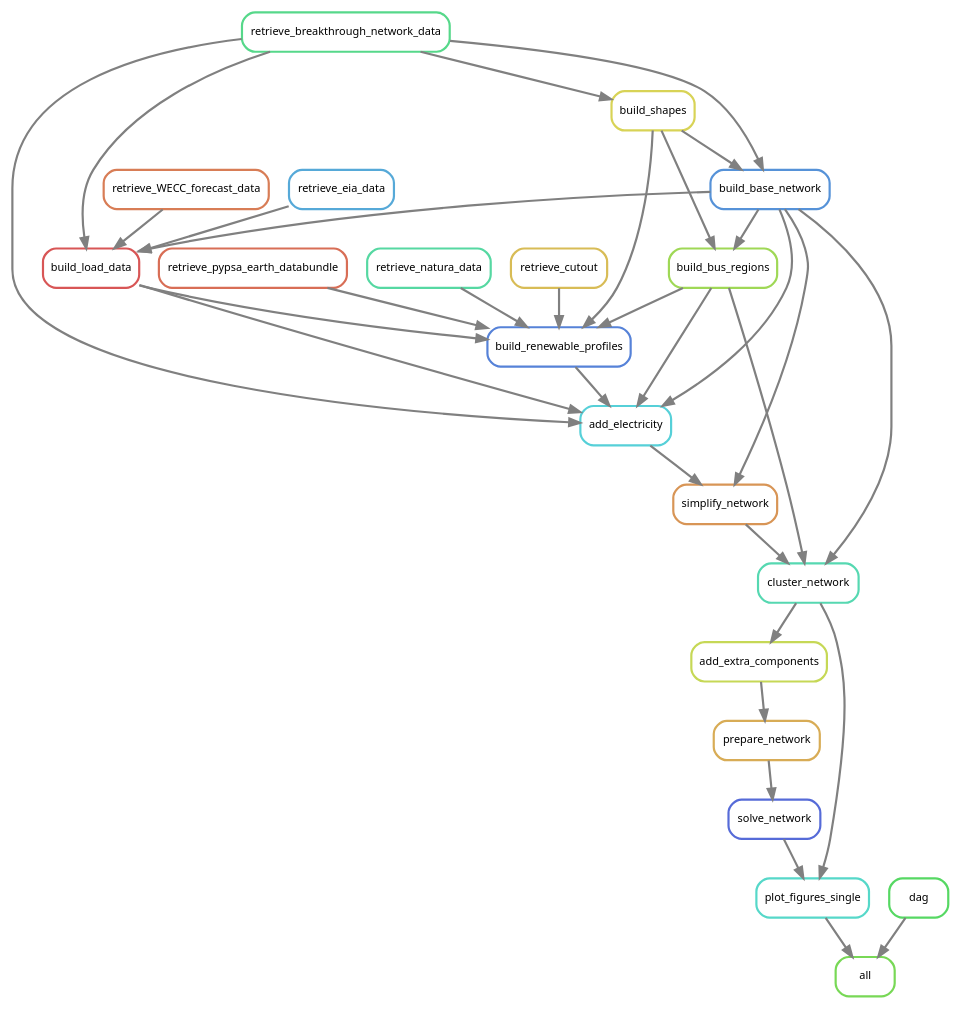
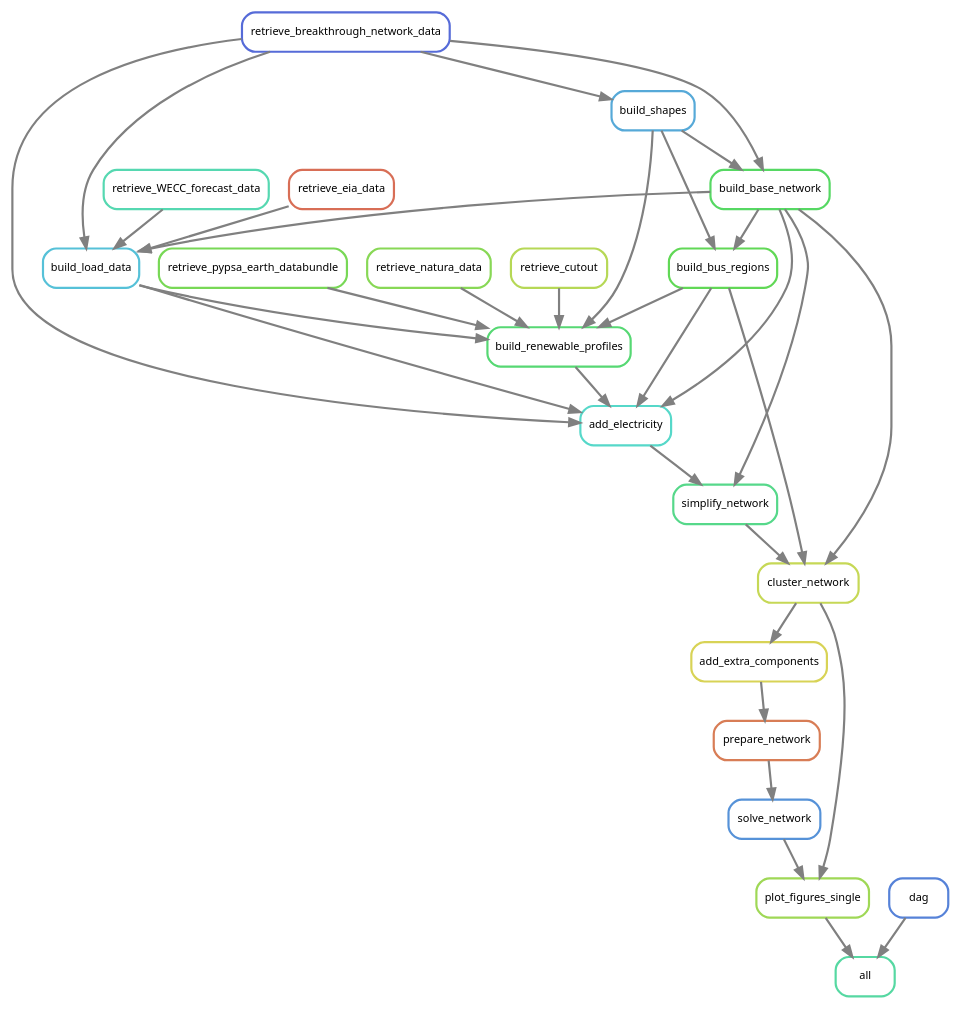
Before and after one commit to PyPSA/pypsa-usa: the diagram in workflow/repo_data/dag.dot, drawn with Graphviz. The commit also changed 5 other files, not shown here.

Commit message:
Created Lighter Databundle just for pypsa-usa. Trimmed geodata tiffs and gebco to only include USA

```diff
--- a/workflow/repo_data/dag.dot
+++ b/workflow/repo_data/dag.dot
@@ -1,57 +1,57 @@
 digraph snakemake_dag {
     graph[bgcolor=white, margin=0];
     node[shape=box, style=rounded, fontname=sans,                 fontsize=10, penwidth=2];
     edge[penwidth=2, color=grey];
-	0[label = "all", color = "0.29 0.6 0.85", style="rounded"];
-	1[label = "plot_figures_single", color = "0.48 0.6 0.85", style="rounded"];
-	2[label = "solve_network", color = "0.64 0.6 0.85", style="rounded"];
-	3[label = "prepare_network", color = "0.11 0.6 0.85", style="rounded"];
-	4[label = "add_extra_components", color = "0.19 0.6 0.85", style="rounded"];
-	5[label = "cluster_network", color = "0.45 0.6 0.85", style="rounded"];
-	6[label = "simplify_network", color = "0.08 0.6 0.85", style="rounded"];
-	7[label = "build_base_network", color = "0.59 0.6 0.85", style="rounded"];
-	8[label = "retrieve_breakthrough_network_data", color = "0.40 0.6 0.85", style="rounded"];
-	9[label = "build_shapes", color = "0.16 0.6 0.85", style="rounded"];
-	10[label = "add_electricity", color = "0.51 0.6 0.85", style="rounded"];
-	11[label = "build_renewable_profiles", color = "0.61 0.6 0.85", style="rounded"];
-	12[label = "build_load_data", color = "0.00 0.6 0.85", style="rounded"];
-	13[label = "retrieve_WECC_forecast_data", color = "0.05 0.6 0.85", style="rounded"];
-	14[label = "retrieve_eia_data", color = "0.56 0.6 0.85", style="rounded"];
-	15[label = "retrieve_pypsa_earth_databundle", color = "0.03 0.6 0.85", style="rounded"];
-	16[label = "retrieve_natura_data", color = "0.43 0.6 0.85", style="rounded"];
-	17[label = "build_bus_regions", color = "0.24 0.6 0.85", style="rounded"];
-	18[label = "retrieve_cutout", color = "0.13 0.6 0.85", style="rounded"];
-	19[label = "dag", color = "0.35 0.6 0.85", style="rounded"];
+	0[label = "all", color = "0.43 0.6 0.85", style="rounded"];
+	1[label = "plot_figures_single", color = "0.24 0.6 0.85", style="rounded"];
+	2[label = "solve_network", color = "0.59 0.6 0.85", style="rounded"];
+	3[label = "prepare_network", color = "0.05 0.6 0.85", style="rounded"];
+	4[label = "add_extra_components", color = "0.16 0.6 0.85", style="rounded"];
+	5[label = "cluster_network", color = "0.19 0.6 0.85", style="rounded"];
+	6[label = "simplify_network", color = "0.40 0.6 0.85", style="rounded"];
+	7[label = "build_base_network", color = "0.35 0.6 0.85", style="rounded"];
+	8[label = "retrieve_breakthrough_network_data", color = "0.64 0.6 0.85", style="rounded"];
+	9[label = "build_shapes", color = "0.56 0.6 0.85", style="rounded"];
+	10[label = "add_electricity", color = "0.48 0.6 0.85", style="rounded"];
+	11[label = "build_renewable_profiles", color = "0.37 0.6 0.85", style="rounded"];
+	12[label = "build_load_data", color = "0.53 0.6 0.85", style="rounded"];
+	13[label = "retrieve_WECC_forecast_data", color = "0.45 0.6 0.85", style="rounded"];
+	14[label = "retrieve_eia_data", color = "0.03 0.6 0.85", style="rounded"];
+	15[label = "retrieve_pypsa_earth_databundle", color = "0.29 0.6 0.85", style="rounded"];
+	16[label = "retrieve_natura_data", color = "0.27 0.6 0.85", style="rounded"];
+	17[label = "build_bus_regions", color = "0.32 0.6 0.85", style="rounded"];
+	18[label = "retrieve_cutout", color = "0.21 0.6 0.85", style="rounded"];
+	19[label = "dag", color = "0.61 0.6 0.85", style="rounded"];
+	19 -> 0
 	1 -> 0
-	19 -> 0
 	5 -> 1
 	2 -> 1
 	3 -> 2
 	4 -> 3
 	5 -> 4
+	6 -> 5
 	17 -> 5
-	6 -> 5
 	7 -> 5
+	7 -> 6
 	10 -> 6
-	7 -> 6
 	9 -> 7
 	8 -> 7
 	8 -> 9
 	12 -> 10
+	17 -> 10
+	7 -> 10
+	11 -> 10
 	8 -> 10
-	7 -> 10
-	17 -> 10
-	11 -> 10
+	15 -> 11
 	12 -> 11
+	17 -> 11
+	9 -> 11
 	18 -> 11
 	16 -> 11
-	15 -> 11
-	9 -> 11
-	17 -> 11
+	7 -> 12
 	13 -> 12
 	8 -> 12
 	14 -> 12
-	7 -> 12
 	9 -> 17
 	7 -> 17
 }            
```
